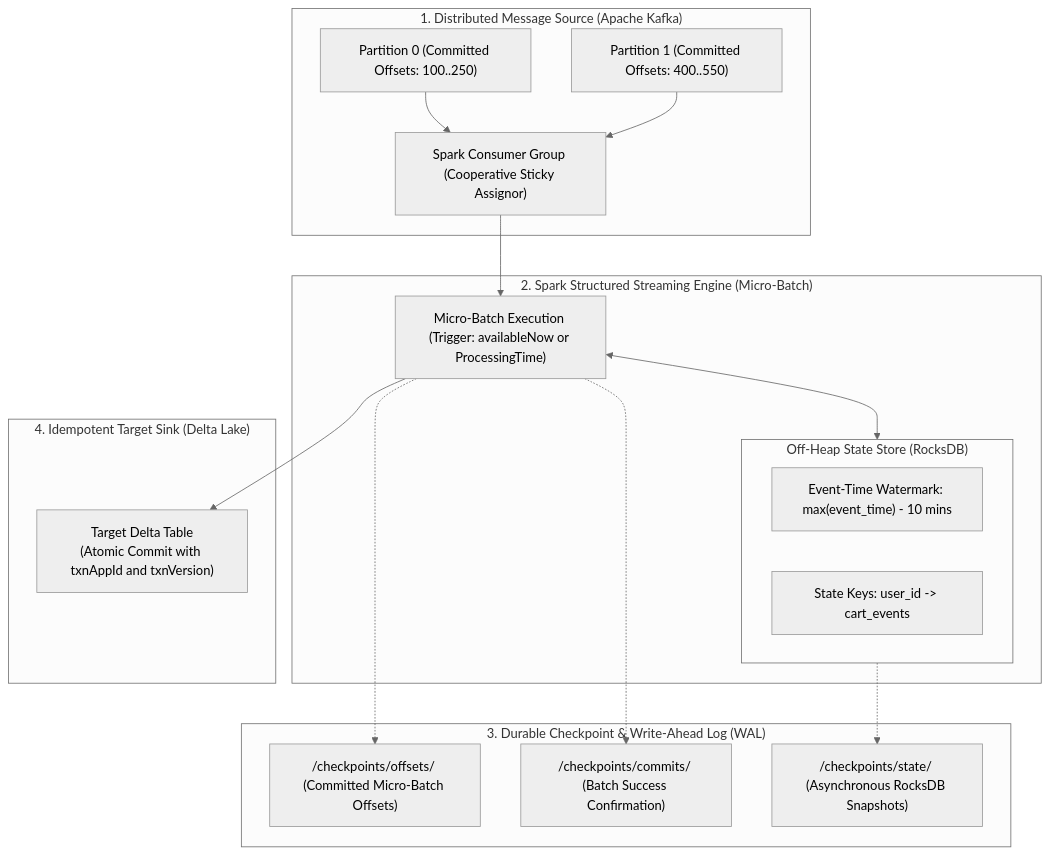
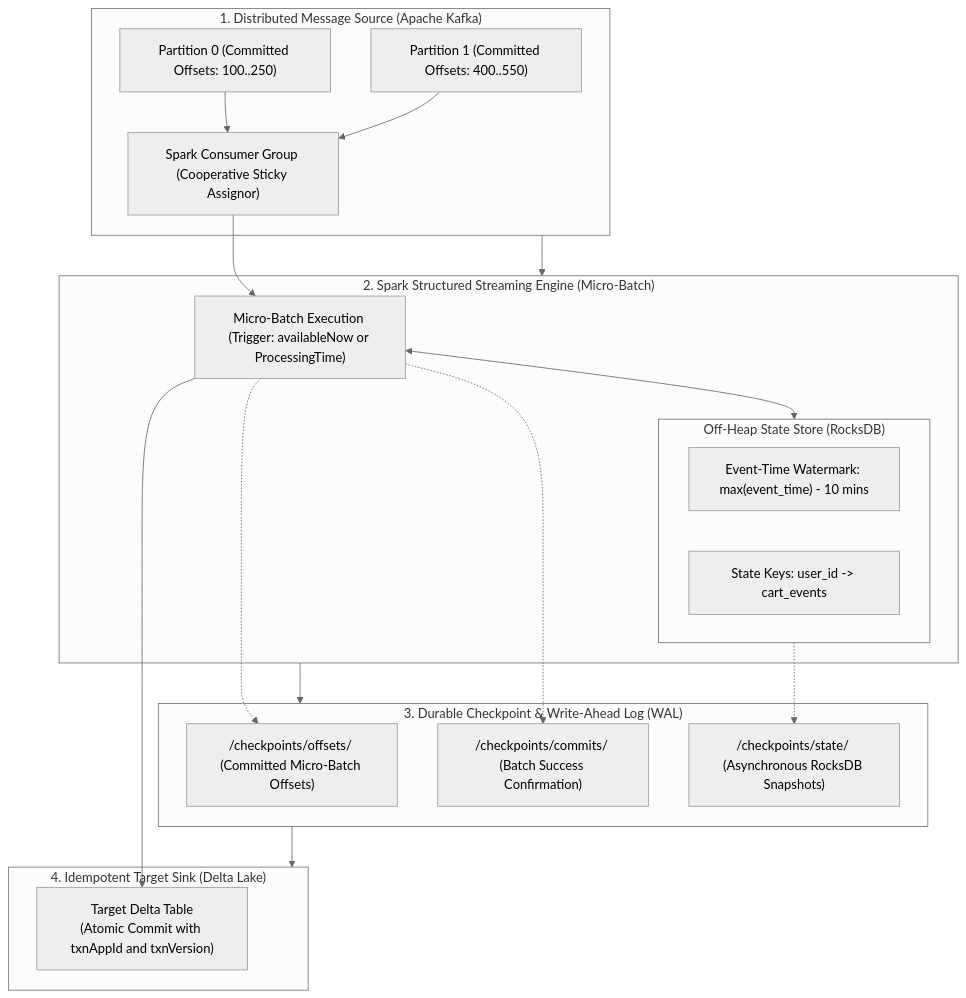
One commit to santoshjammi29/data-system-design-handbook changed diagram 22 of 28 in docs/whiteboard_diagrams/handbook_whiteboard_blueprints.md. Above: the diagram before and after it, drawn with Mermaid (neutral theme). The commit also changed other lines of this file, not shown here.

Commit message:
fix(diagrams): enforce strict sequential rendering and ordering constraints across mermaid diagrams

````diff
--- a/docs/whiteboard_diagrams/handbook_whiteboard_blueprints.md
+++ b/docs/whiteboard_diagrams/handbook_whiteboard_blueprints.md
@@ -923,35 +929,39 @@
 ```mermaid
 flowchart TD
     subgraph KafkaSourcePlane ["1. Distributed Message Source (Apache Kafka)"]
         K1["Partition 0 (Committed Offsets: 100..250)"]
         K2["Partition 1 (Committed Offsets: 400..550)"]
         ConsumerGroup["Spark Consumer Group (Cooperative Sticky Assignor)"]
         K1 --> ConsumerGroup
         K2 --> ConsumerGroup
     end
 
     subgraph SparkEnginePlane ["2. Spark Structured Streaming Engine (Micro-Batch)"]
         MicroBatch["Micro-Batch Execution (Trigger: availableNow or ProcessingTime)"]
         ConsumerGroup --> MicroBatch
 
         subgraph StatefulStore ["Off-Heap State Store (RocksDB)"]
             Watermark["Event-Time Watermark: max(event_time) - 10 mins"]
             StateKey["State Keys: user_id -> cart_events"]
         end
         MicroBatch <--> StatefulStore
     end
 
     subgraph CheckpointWAL ["3. Durable Checkpoint & Write-Ahead Log (WAL)"]
         OffsetsDir["/checkpoints/offsets/ (Committed Micro-Batch Offsets)"]
         CommitsDir["/checkpoints/commits/ (Batch Success Confirmation)"]
         StateSnapshots["/checkpoints/state/ (Asynchronous RocksDB Snapshots)"]
         MicroBatch -.-> OffsetsDir
         MicroBatch -.-> CommitsDir
         StatefulStore -.-> StateSnapshots
     end
 
     subgraph IdempotentSink ["4. Idempotent Target Sink (Delta Lake)"]
         DeltaTable["Target Delta Table\n(Atomic Commit with txnAppId and txnVersion)"]
         MicroBatch --> DeltaTable
     end
+
+    KafkaSourcePlane --> SparkEnginePlane
+    SparkEnginePlane --> CheckpointWAL
+    CheckpointWAL --> IdempotentSink
 ```
````
